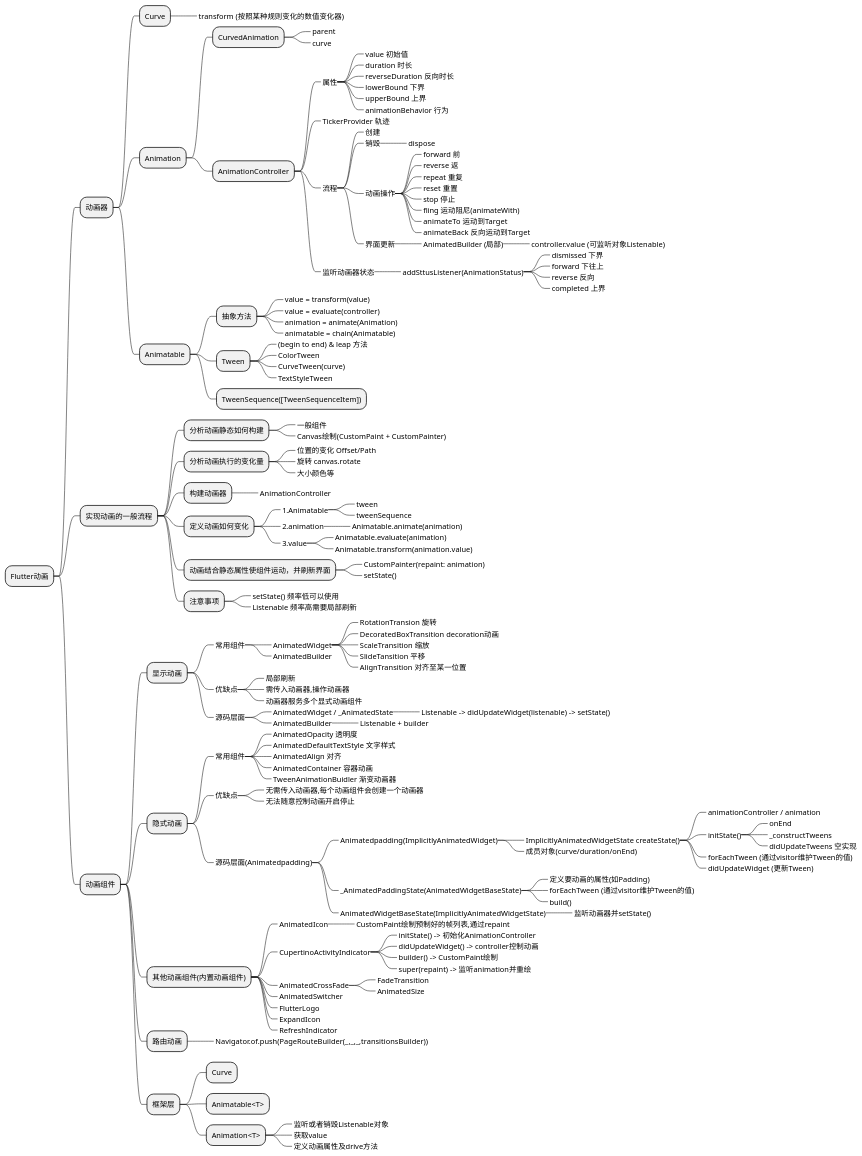
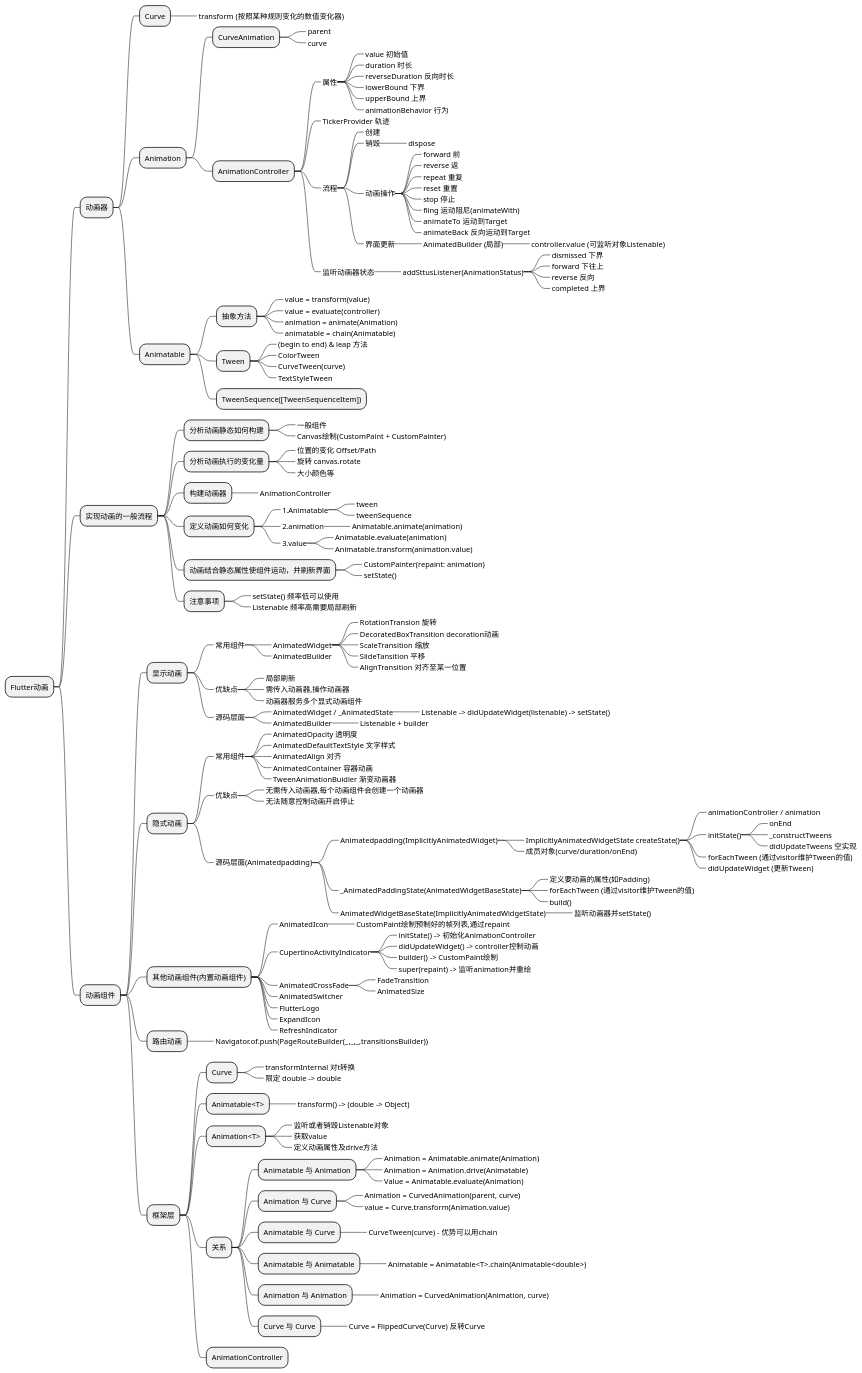
Before and after one commit to HEROhuqinchao/flutter_bilibili_getx: the first of 2 diagrams in lib/ui/pages/functions/animation_study/mindMap/mindMap.pu, drawn with PlantUML. The commit also changed other lines of this file and 4 other files, not shown here.

```diff
--- a/lib/ui/pages/functions/animation_study/mindMap/mindMap.pu
+++ b/lib/ui/pages/functions/animation_study/mindMap/mindMap.pu
@@ -1,151 +1,172 @@
 @startmindmap
 * Flutter动画
 ** 动画器
 *** Curve
 ****_ transform (按照某种规则变化的数值变化器)
 *** Animation
-**** CurvedAnimation
+**** CurveAnimation
 *****_ parent
 *****_ curve
 **** AnimationController
 *****_ 属性
 ******_ value 初始值
 ******_ duration 时长
 ******_ reverseDuration 反向时长
 ******_ lowerBound 下界
 ******_ upperBound 上界
 ******_ animationBehavior 行为
 *****_ TickerProvider 轨迹
 *****_ 流程
 ******_ 创建
 ******_ 销毁
 *******_ dispose
 ******_ 动画操作
 *******_ forward 前
 *******_ reverse 返
 *******_ repeat 重复
 *******_ reset 重置
 *******_ stop 停止
 *******_ fling 运动阻尼(animateWith)
 *******_ animateTo 运动到Target
 *******_ animateBack 反向运动到Target
 ******_ 界面更新
 *******_ AnimatedBuilder (局部)
 ********_ controller.value (可监听对象Listenable)
 *****_ 监听动画器状态
 ******_ addSttusListener(AnimationStatus)
 *******_ dismissed 下界
 *******_ forward 下往上
 *******_ reverse 反向
 *******_ completed 上界
 *** Animatable
 **** 抽象方法
 *****_ value = transform(value)
 *****_ value = evaluate(controller)
 *****_ animation = animate(Animation)
 *****_ animatable = chain(Animatable)
 
 **** Tween
 *****_ (begin to end) & leap 方法
 *****_ ColorTween
 *****_ CurveTween(curve)
 *****_ TextStyleTween
 **** TweenSequence([TweenSequenceItem])
 
 ** 实现动画的一般流程
 *** 分析动画静态如何构建
 ****_ 一般组件
 ****_ Canvas绘制(CustomPaint + CustomPainter)
 *** 分析动画执行的变化量
 ****_ 位置的变化 Offset/Path
 ****_ 旋转 canvas.rotate
 ****_ 大小颜色等
 *** 构建动画器
 ****_ AnimationController
 *** 定义动画如何变化
 ****_ 1.Animatable
 *****_ tween
 *****_ tweenSequence
 ****_ 2.animation
 *****_ Animatable.animate(animation)
 ****_ 3.value
 *****_ Animatable.evaluate(animation)
 *****_ Animatable.transform(animation.value)
 *** 动画结合静态属性使组件运动，并刷新界面
 ****_ CustomPainter(repaint: animation)
 ****_ setState()
 *** 注意事项
 ****_ setState() 频率低可以使用
 ****_ Listenable 频率高需要局部刷新
 
 ** 动画组件
 *** 显示动画
 ****_ 常用组件
 *****_ AnimatedWidget
 ******_ RotationTransion 旋转
 ******_ DecoratedBoxTransition decoration动画
 ******_ ScaleTransition 缩放
 ******_ SlideTansition 平移
 ******_ AlignTransition 对齐至某一位置
 *****_ AnimatedBuilder
 ****_ 优缺点
 *****_ 局部刷新
 *****_ 需传入动画器,操作动画器
 *****_ 动画器服务多个显式动画组件
 ****_ 源码层面
 *****_ AnimatedWidget / _AnimatedState
 ******_ Listenable -> didUpdateWidget(listenable) -> setState()
 *****_ AnimatedBuilder
 ******_ Listenable + builder
 *** 隐式动画
 ****_ 常用组件
 *****_ AnimatedOpacity 透明度
 *****_ AnimatedDefaultTextStyle 文字样式
 *****_ AnimatedAlign 对齐
 *****_ AnimatedContainer 容器动画
 *****_ TweenAnimationBuidler 渐变动画器
 ****_ 优缺点
 *****_ 无需传入动画器,每个动画组件会创建一个动画器
 *****_ 无法随意控制动画开启停止
 ****_ 源码层面(Animatedpadding)
 *****_ Animatedpadding(ImplicitlyAnimatedWidget)
 ******_ ImplicitlyAnimatedWidgetState createState()
 *******_ animationController / animation
 *******_ initState()
 ********_ onEnd
 ********_ _constructTweens
 ********_ didUpdateTweens 空实现
 *******_ forEachTween (通过visitor维护Tween的值)
 *******_ didUpdateWidget (更新Tween)
 ******_ 成员对象(curve/duration/onEnd)
 *****_ _AnimatedPaddingState(AnimatedWidgetBaseState)
 ******_ 定义要动画的属性(如Padding)
 ******_ forEachTween (通过visitor维护Tween的值)
 ******_ build()
 *****_ AnimatedWidgetBaseState(ImplicitlyAnimatedWidgetState)
 ******_ 监听动画器并setState()
 *** 其他动画组件(内置动画组件)
 ****_ AnimatedIcon
 *****_ CustomPaint绘制预制好的帧列表,通过repaint
 ****_ CupertinoActivityIndicator
 *****_ initState() -> 初始化AnimationController
 *****_ didUpdateWidget() -> controller控制动画
 *****_ builder() -> CustomPaint绘制
 *****_ super(repaint) -> 监听animation并重绘
 ****_ AnimatedCrossFade
 *****_ FadeTransition
 *****_ AnimatedSize
 ****_ AnimatedSwitcher
 ****_ FlutterLogo
 ****_ ExpandIcon
 ****_ RefreshIndicator
 *** 路由动画
 ****_ Navigator.of.push(PageRouteBuilder(_,_,_,transitionsBuilder))
 *** 框架层
 **** Curve
+*****_ transformInternal 对t转换
+*****_ 限定 double -> double
 **** Animatable<T>
+*****_ transform() -> (double -> Object)
 **** Animation<T>
 *****_ 监听或者销毁Listenable对象
 *****_ 获取value
 *****_ 定义动画属性及drive方法
+**** 关系
+***** Animatable 与 Animation
+******_ Animation = Animatable.animate(Animation)
+******_ Animation = Animation.drive(Animatable)
+******_ Value = Animatable.evaluate(Animation)
+***** Animation 与 Curve
+******_ Animation = CurvedAnimation(parent, curve)
+******_ value = Curve.transform(Animation.value)
+***** Animatable 与 Curve
+******_ CurveTween(curve) - 优势可以用chain
+***** Animatable 与 Animatable
+******_ Animatable = Animatable<T>.chain(Animatable<double>)
+***** Animation 与 Animation
+******_ Animation = CurvedAnimation(Animation, curve)
+***** Curve 与 Curve
+******_ Curve = FlippedCurve(Curve) 反转Curve
+**** AnimationController
+
 @endmindmap
```
